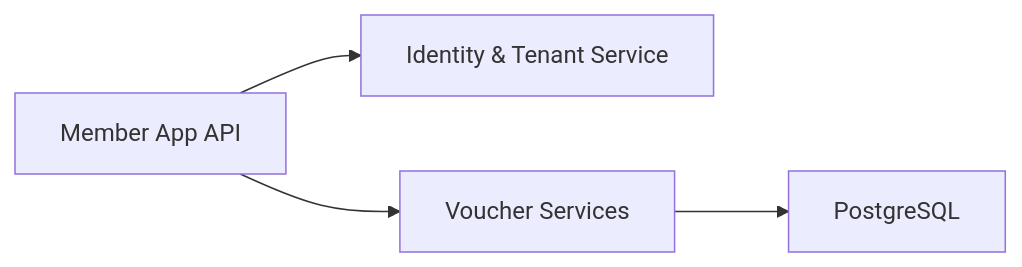
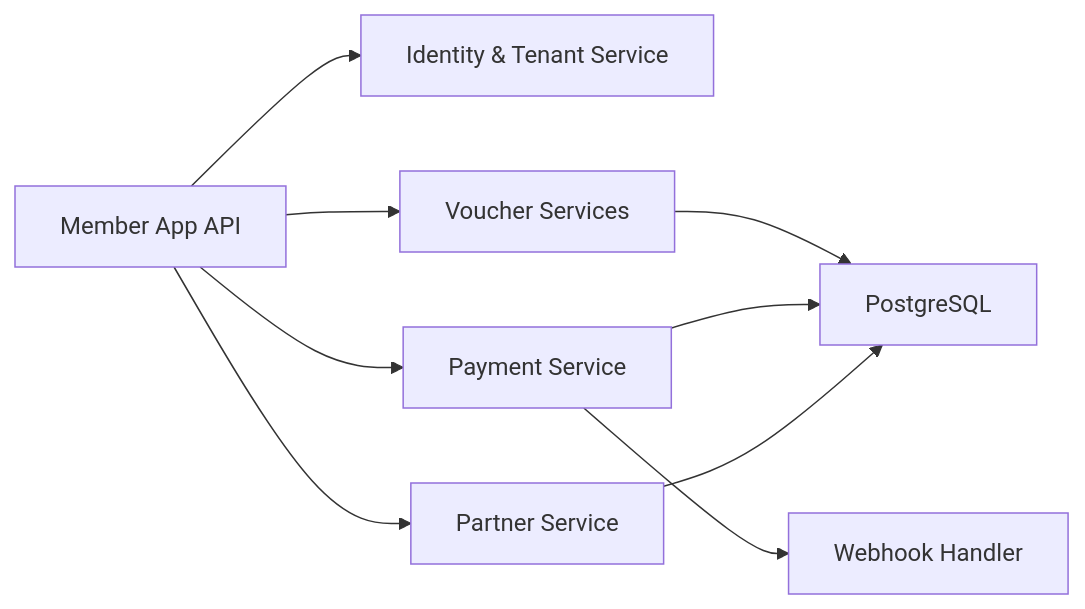
Before and after one commit to lamhongbac/NonCash: the fourth of 4 diagrams in .qoder/repowiki/en/content/API Contracts and Integration/Member App API/Member App API.md, drawn with Mermaid. The commit also changed other lines of this file and 13 other files, not shown here.

````diff
--- a/.qoder/repowiki/en/content/API Contracts and Integration/Member App API/Member App API.md
+++ b/.qoder/repowiki/en/content/API Contracts and Integration/Member App API/Member App API.md
@@ -233,6 +570,11 @@
 ```mermaid
 graph LR
 API["Member App API"] --> IdSvc["Identity & Tenant Service"]
 API --> VoucherSvc["Voucher Services"]
+API --> PaySvc["Payment Service"]
+API --> PartnerSvc["Partner Service"]
 VoucherSvc --> DB["PostgreSQL"]
+PaySvc --> DB
+PaySvc --> Webhook["Webhook Handler"]
+PartnerSvc --> DB
 ```
````
